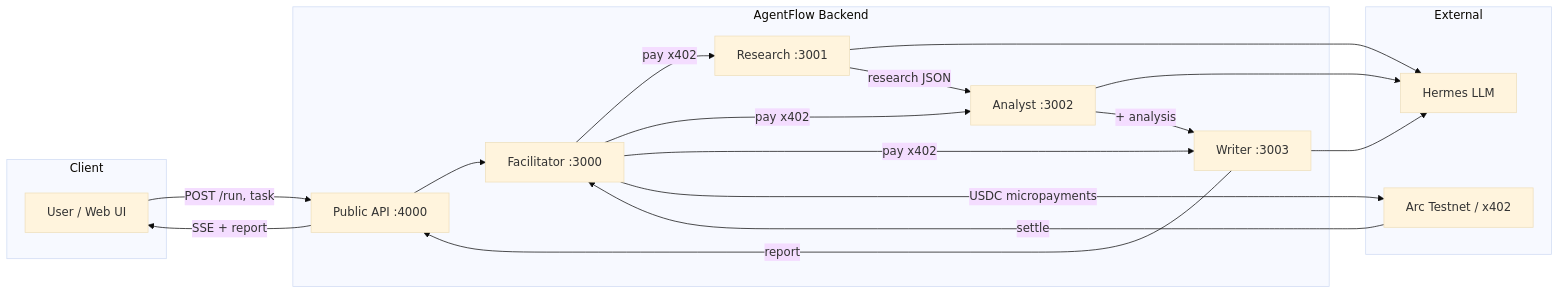
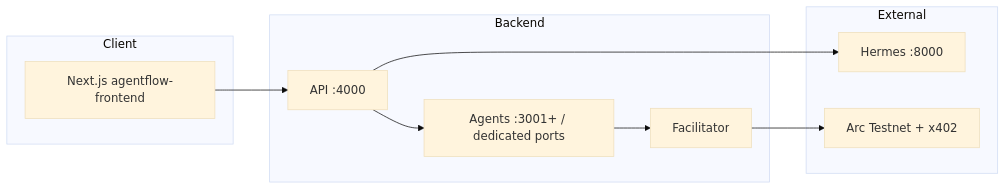
The diagram in README.md (Snehal707/agentflow), drawn with Mermaid (base theme) before and after one commit. The commit also changed other lines of this file, not shown here.

First line of the commit message:
docs: refresh README for unified agentflow monorepo

````diff
--- a/README.md
+++ b/README.md
@@ -21,34 +45,23 @@
 ```mermaid
 flowchart LR
   subgraph Client
-    User[User / Web UI]
+    Web[Next.js agentflow-frontend]
   end
 
-  subgraph Backend["AgentFlow Backend"]
-    API[Public API :4000]
-    Fac[Facilitator :3000]
-    R[Research :3001]
-    A[Analyst :3002]
-    W[Writer :3003]
+  subgraph Backend
+    API[API :4000]
+    Agents[Agents :3001+ / dedicated ports]
+    Fac[Facilitator]
   end
 
   subgraph External
-    Hermes[Hermes LLM]
-    Arc[Arc Testnet / x402]
+    Hermes[Hermes :8000]
+    Arc[Arc Testnet + x402]
   end
 
-  User -->|POST /run, task| API
-  API --> Fac
-  Fac -->|pay x402| R
-  Fac -->|pay x402| A
-  Fac -->|pay x402| W
-  R --> Hermes
-  A --> Hermes
-  W --> Hermes
-  R -->|research JSON| A
-  A -->|+ analysis| W
-  W -->|report| API
-  API -->|SSE + report| User
-  Fac -->|USDC micropayments| Arc
-  Arc -->|settle| Fac
+  Web --> API
+  API --> Agents
+  API --> Hermes
+  Agents --> Fac
+  Fac --> Arc
 ```
````
